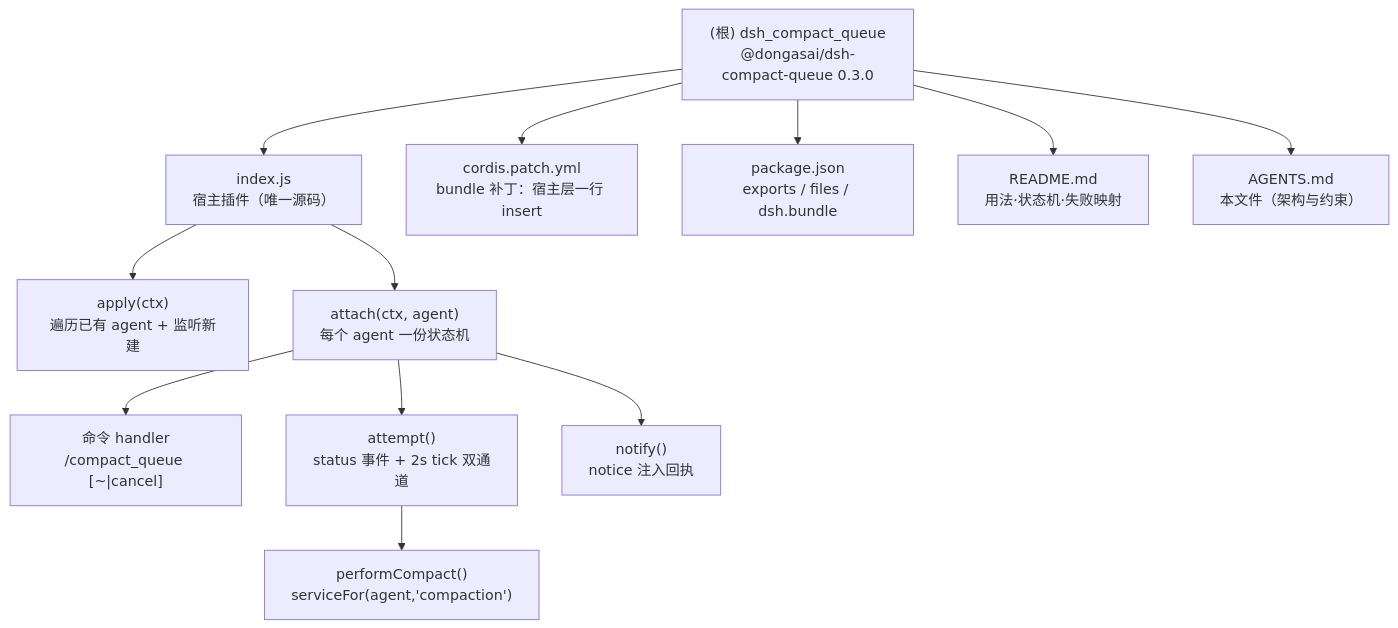
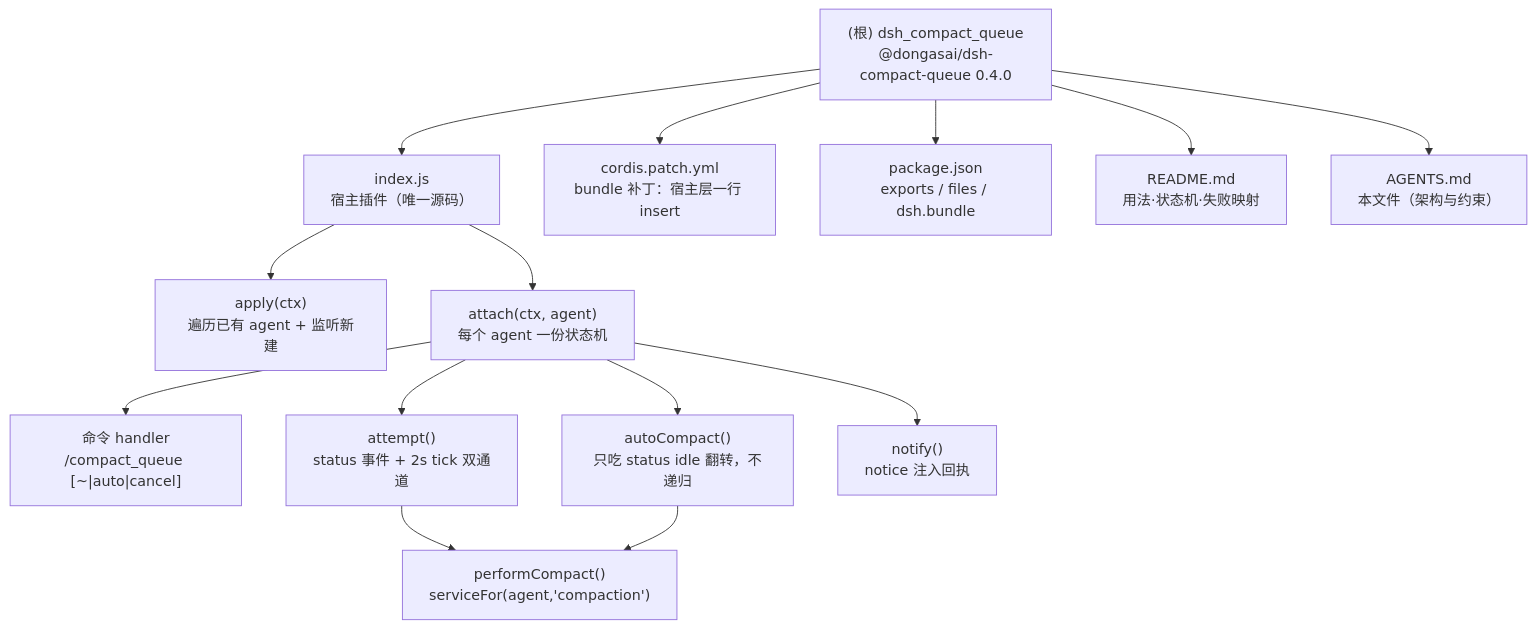
Before and after one commit to dongasai/dsh_compact_queue: the diagram in AGENTS.md, drawn with Mermaid. The commit also changed other lines of this file and 4 other files, not shown here.

Commit message:
发版(0.4): 新增 /compact_queue auto 每次空闲自动压缩（不递归、仅限本会话）

````diff
--- a/AGENTS.md
+++ b/AGENTS.md
@@ -64,20 +71,22 @@
 ```mermaid
 graph TD
-    A["(根) dsh_compact_queue<br/>@dongasai/dsh-compact-queue 0.3.0"] --> B["index.js<br/>宿主插件（唯一源码）"]
+    A["(根) dsh_compact_queue<br/>@dongasai/dsh-compact-queue 0.4.0"] --> B["index.js<br/>宿主插件（唯一源码）"]
     A --> C["cordis.patch.yml<br/>bundle 补丁：宿主层一行 insert"]
     A --> D["package.json<br/>exports / files / dsh.bundle"]
     A --> E["README.md<br/>用法·状态机·失败映射"]
     A --> F["AGENTS.md<br/>本文件（架构与约束）"]
     B --> B1["apply(ctx)<br/>遍历已有 agent + 监听新建"]
     B --> B2["attach(ctx, agent)<br/>每个 agent 一份状态机"]
-    B2 --> B3["命令 handler<br/>/compact_queue [~|cancel]"]
+    B2 --> B3["命令 handler<br/>/compact_queue [~|auto|cancel]"]
     B2 --> B4["attempt()<br/>status 事件 + 2s tick 双通道"]
+    B2 --> B7["autoCompact()<br/>只吃 status idle 翻转，不递归"]
     B2 --> B5["notify()<br/>notice 注入回执"]
     B4 --> B6["performCompact()<br/>serviceFor(agent,'compaction')"]
+    B7 --> B6
 
     click A "./AGENTS.md" "架构与约束"
     click B "./index.js" "唯一源码"
     click C "./cordis.patch.yml" "bundle 补丁"
     click D "./package.json" "包元数据"
     click E "./README.md" "用户文档"
 ```
````
